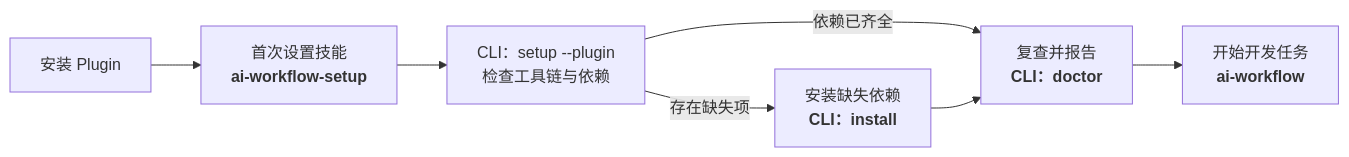
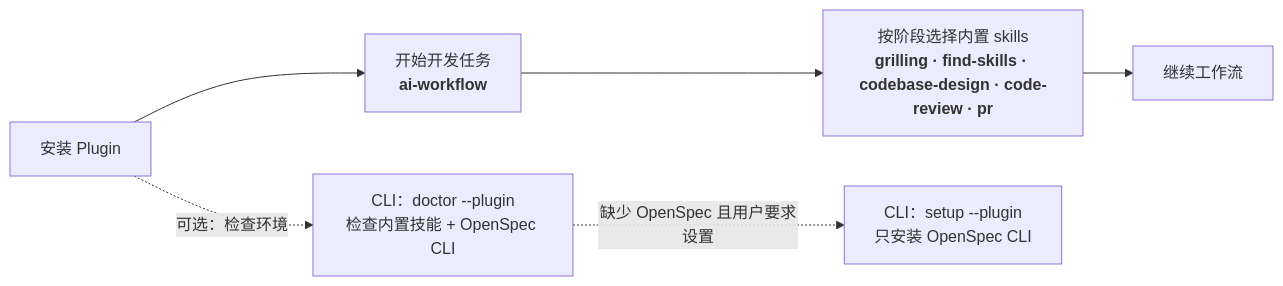
Before and after one commit to shuaibilx/AI-workflow-coding: the second of 2 diagrams in README.zh-CN.md, drawn with Mermaid. The commit also changed other lines of this file and 38 other files, not shown here.

Commit message:
Bundle fixed workflow skills in Plugin

````diff
--- a/README.zh-CN.md
+++ b/README.zh-CN.md
@@ -93,9 +93,8 @@
 ```mermaid
 flowchart LR
-    A[安装 Plugin] --> S["首次设置技能<br/><b>ai-workflow-setup</b>"]
-    S --> C["CLI：setup --plugin<br/>检查工具链与依赖"]
-    C -->|存在缺失项| I["安装缺失依赖<br/><b>CLI：install</b>"]
-    C -->|依赖已齐全| V["复查并报告<br/><b>CLI：doctor</b>"]
-    I --> V
-    V --> W["开始开发任务<br/><b>ai-workflow</b>"]
+    A[安装 Plugin] --> W["开始开发任务<br/><b>ai-workflow</b>"]
+    W --> S["按阶段选择内置 skills<br/><b>grilling · find-skills · codebase-design · code-review · pr</b>"]
+    S --> D["继续工作流"]
+    A -.->|可选：检查环境| C["CLI：doctor --plugin<br/>检查内置技能 + OpenSpec CLI"]
+    C -.->|缺少 OpenSpec 且用户要求设置| I["CLI：setup --plugin<br/>只安装 OpenSpec CLI"]
 ```
````
